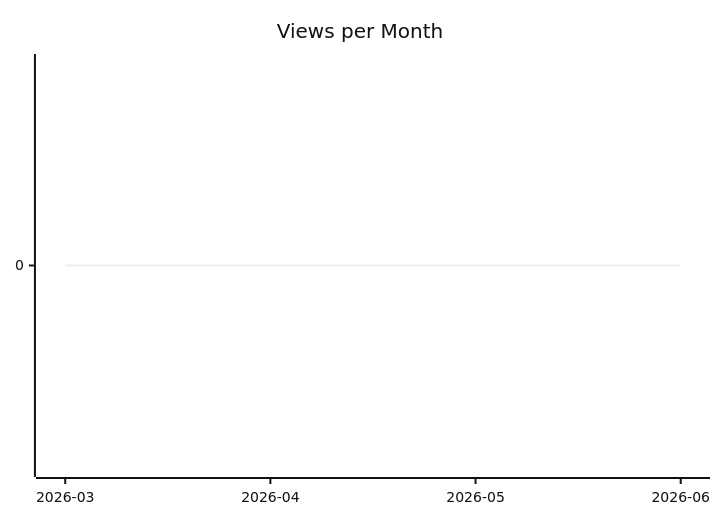
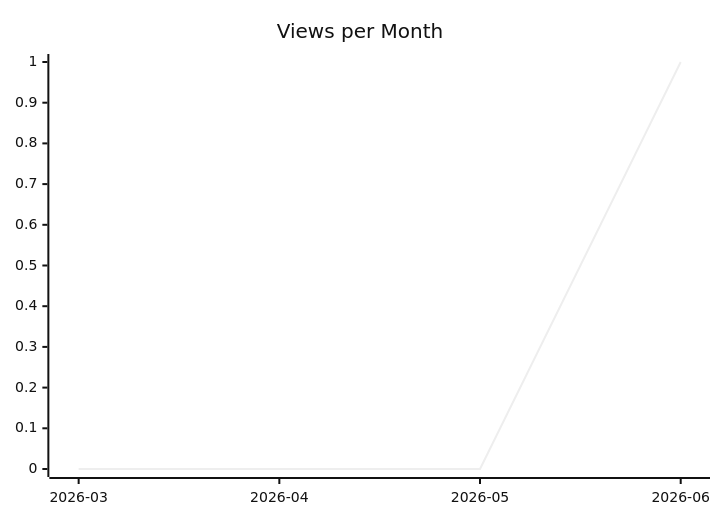
The second of 3 diagrams in karlmdavis/ansible/README.md (justdavis-family/github-analytics-data), drawn with Mermaid (neutral theme) before and after one commit. The commit also changed other lines of this file and 201 other files, not shown here.

````diff
--- a/karlmdavis/ansible/README.md
+++ b/karlmdavis/ansible/README.md
@@ -12,6 +12,6 @@
 ```mermaid
 xychart-beta
   title "Views per Month"
   x-axis ["2026-03", "2026-04", "2026-05", "2026-06"]
-  line [0, 0, 0, 0]
+  line [0, 0, 0, 1]
 ```
````
